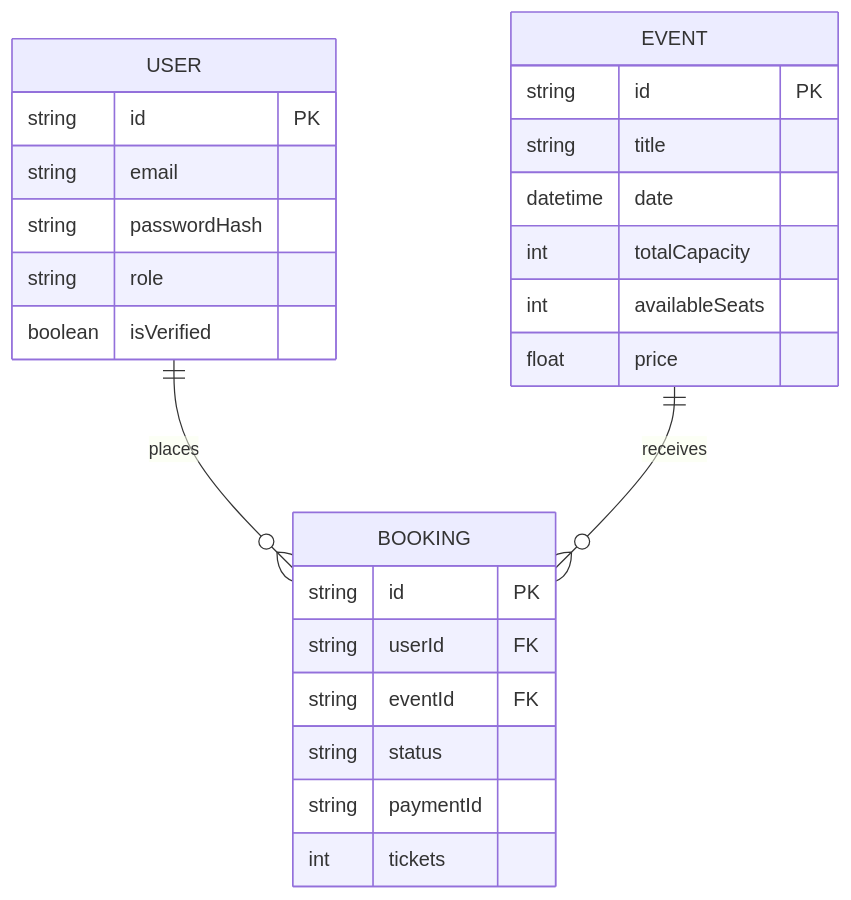
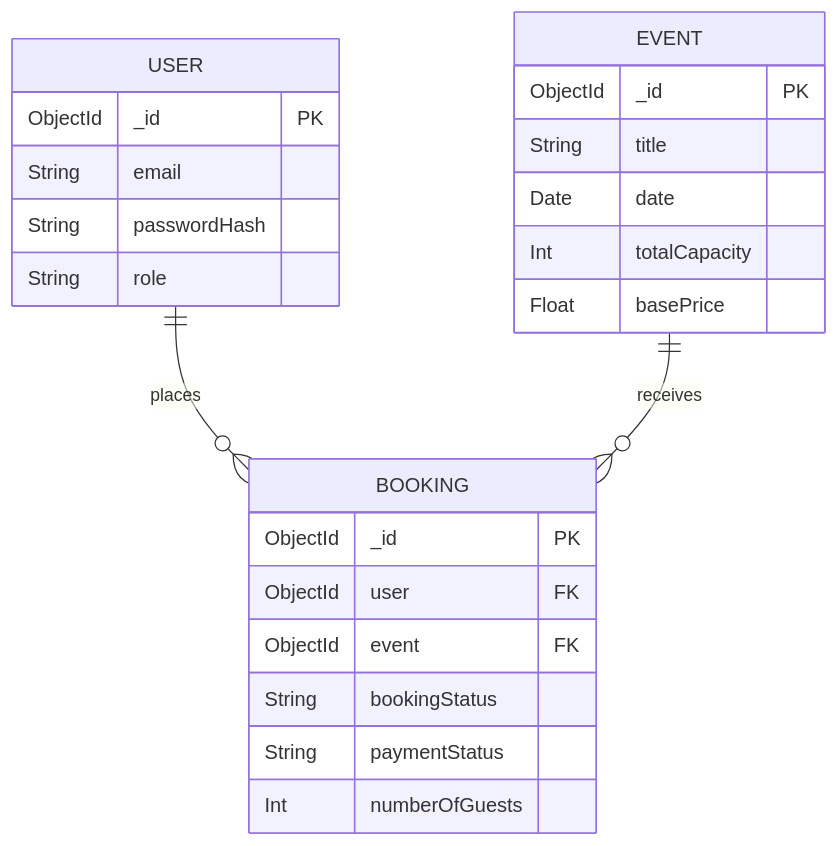
One commit to prawinkumar2k/suvaialaya changed the fourth of 5 diagrams in README.md. Above: the diagram before and after it, drawn with Mermaid. The commit also changed other lines of this file and 2 other files, not shown here.

````diff
--- a/README.md
+++ b/README.md
@@ -43,28 +228,26 @@
 ```mermaid
 erDiagram
     USER ||--o{ BOOKING : places
     EVENT ||--o{ BOOKING : receives
     USER {
-        string id PK
-        string email
-        string passwordHash
-        string role
-        boolean isVerified
+        ObjectId _id PK
+        String email
+        String passwordHash
+        String role
     }
     EVENT {
-        string id PK
-        string title
-        datetime date
-        int totalCapacity
-        int availableSeats
-        float price
+        ObjectId _id PK
+        String title
+        Date date
+        Int totalCapacity
+        Float basePrice
     }
     BOOKING {
-        string id PK
-        string userId FK
-        string eventId FK
-        string status
-        string paymentId
-        int tickets
+        ObjectId _id PK
+        ObjectId user FK
+        ObjectId event FK
+        String bookingStatus
+        String paymentStatus
+        Int numberOfGuests
     }
 ```
````
